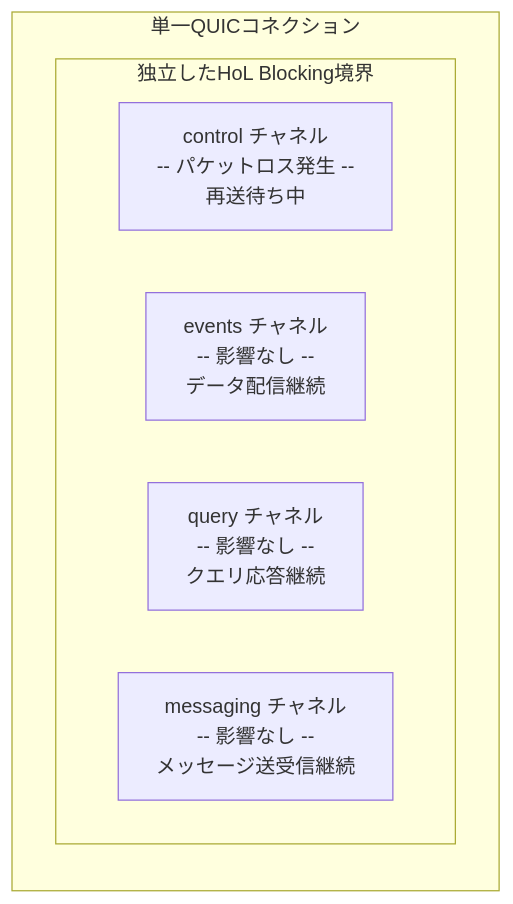
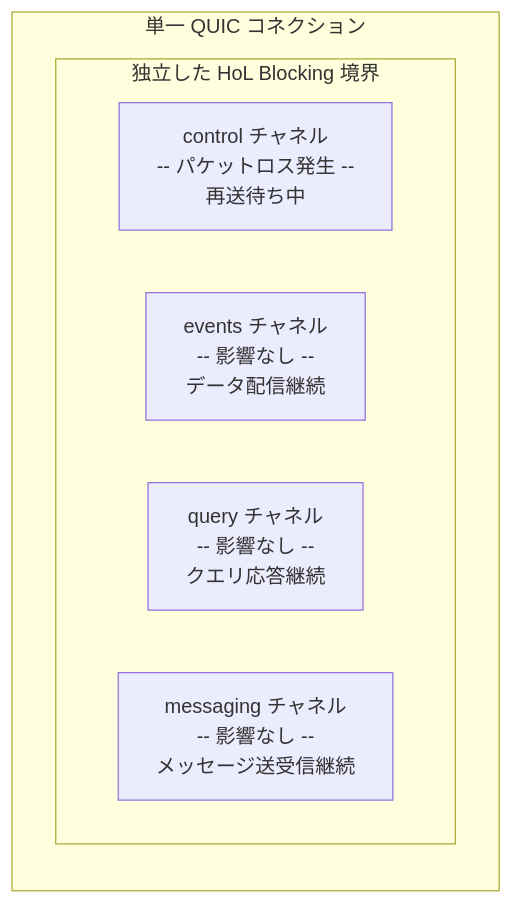
One commit to chronista-club/unison changed the third of 9 diagrams in spec/01-core-concept/SPEC.md. Above: the diagram before and after it, drawn with Mermaid. The commit also changed other lines of this file and 33 other files, not shown here.

````diff
--- a/spec/01-core-concept/SPEC.md
+++ b/spec/01-core-concept/SPEC.md
@@ -79,13 +100,13 @@
 ```mermaid
 graph TB
-    subgraph "単一QUICコネクション"
+    subgraph "単一 QUIC コネクション"
         direction TB
 
-        subgraph "独立したHoL Blocking境界"
+        subgraph "独立した HoL Blocking 境界"
             S_CTRL[control チャネル<br/>-- パケットロス発生 --<br/>再送待ち中]
             S_EVENT[events チャネル<br/>-- 影響なし --<br/>データ配信継続]
             S_QUERY[query チャネル<br/>-- 影響なし --<br/>クエリ応答継続]
             S_MSG[messaging チャネル<br/>-- 影響なし --<br/>メッセージ送受信継続]
         end
     end
 ```
````
